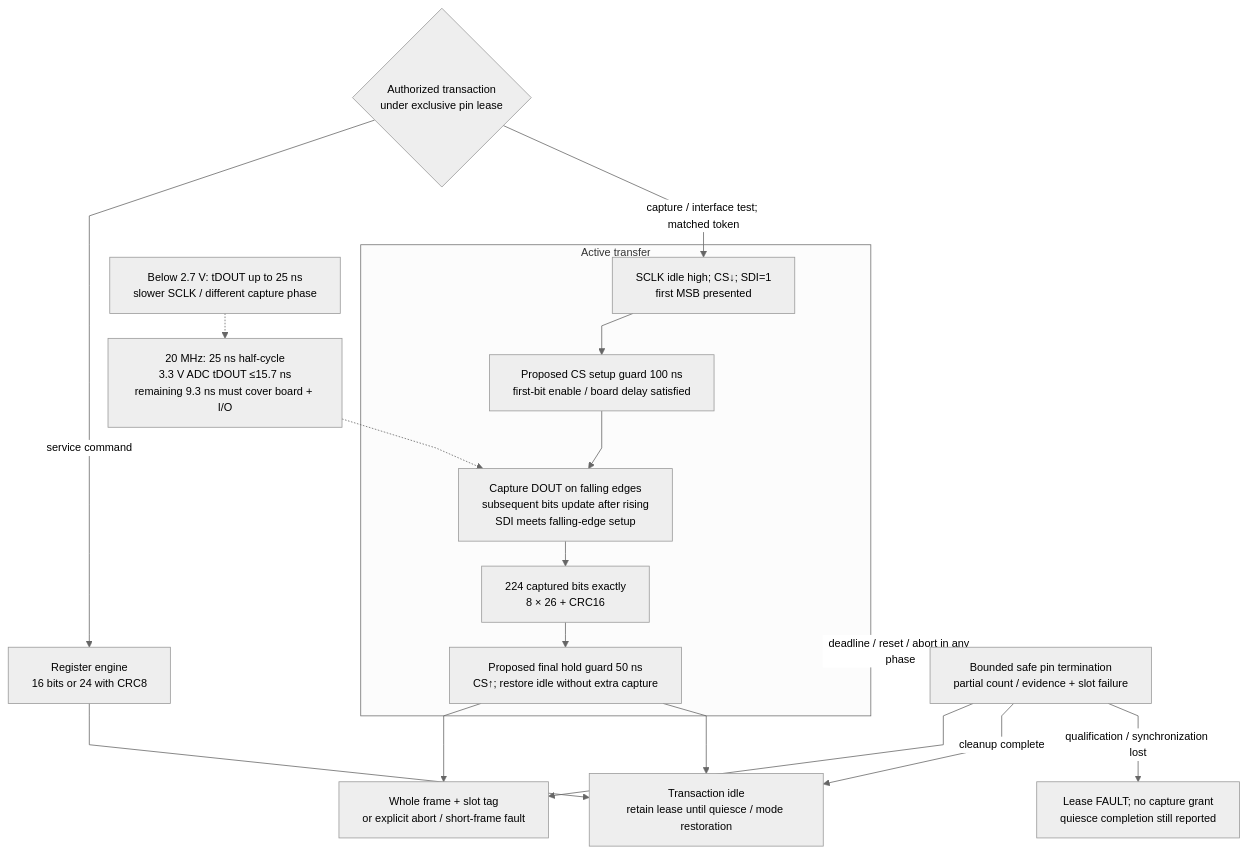
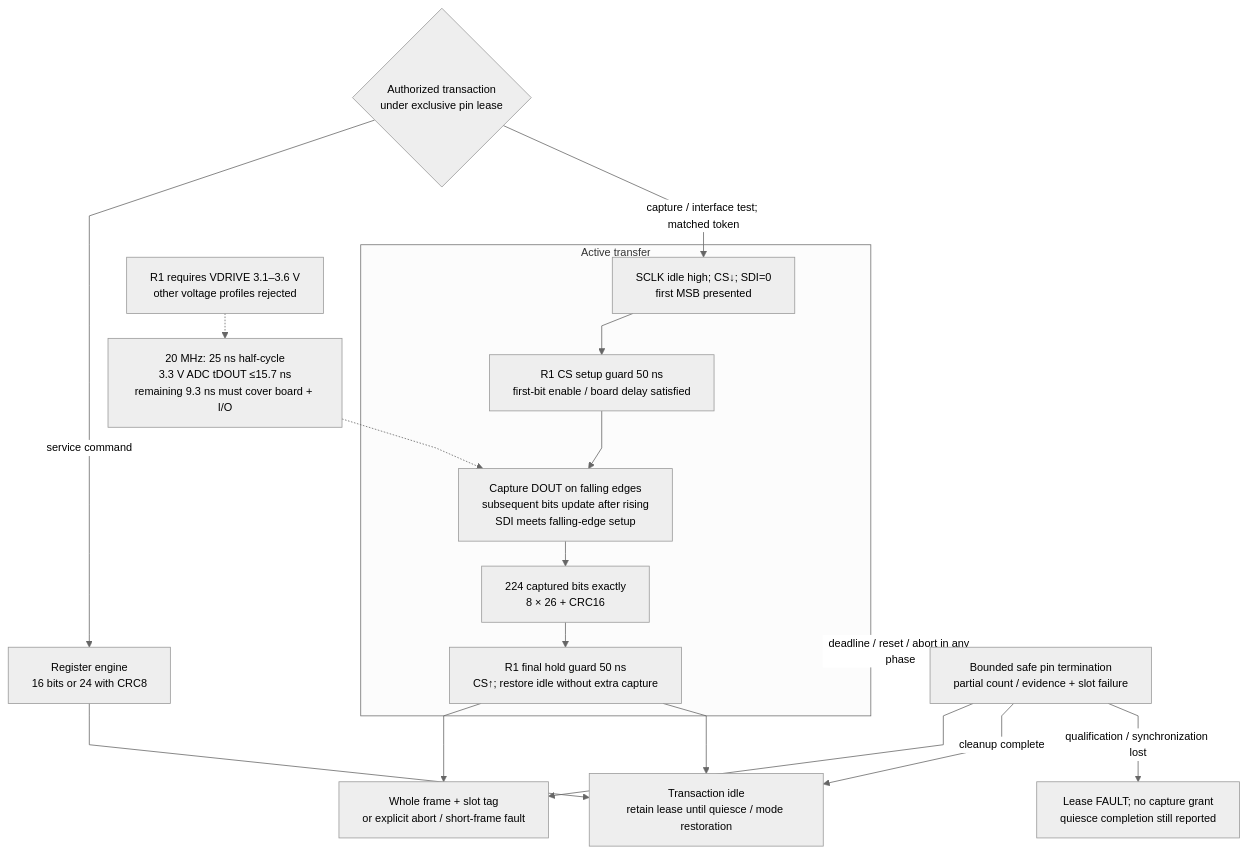
One commit to baolgn/DRG-pain-project changed diagram 11 of 27 in microcontroller/acquisition/README.md. Above: the diagram before and after it, drawn with Mermaid. The commit also changed other lines of this file and 19 other files, not shown here.

````diff
--- a/microcontroller/acquisition/README.md
+++ b/microcontroller/acquisition/README.md
@@ -250,21 +255,21 @@
 ```mermaid
 %%{init: {"theme":"neutral","themeVariables":{"fontFamily":"Arial,sans-serif","fontSize":"14px"},"flowchart":{"htmlLabels":true,"minNodeWidth":0,"wrappingWidth":240,"nodeSpacing":28,"rankSpacing":32,"curve":"linear"}}}%%
 flowchart TB
     OWN{"Authorized transaction<br/>under exclusive pin lease"} -->|"service command"| REG["Register engine<br/>16 bits or 24 with CRC8"]
     OWN -->|"capture / interface test; matched token"| CS
     subgraph ACTIVE["Active transfer"]
-        CS["SCLK idle high; CS↓; SDI=1<br/>first MSB presented"] --> PRE["Proposed CS setup guard 100 ns<br/>first-bit enable / board delay satisfied"]
+        CS["SCLK idle high; CS↓; SDI=0<br/>first MSB presented"] --> PRE["R1 CS setup guard 50 ns<br/>first-bit enable / board delay satisfied"]
         PRE --> SHIFT["Capture DOUT on falling edges<br/>subsequent bits update after rising<br/>SDI meets falling-edge setup"]
         SHIFT --> COUNT["224 captured bits exactly<br/>8 × 26 + CRC16"]
-        COUNT --> POST["Proposed final hold guard 50 ns<br/>CS↑; restore idle without extra capture"]
+        COUNT --> POST["R1 final hold guard 50 ns<br/>CS↑; restore idle without extra capture"]
     end
     ACTIVE -->|"deadline / reset / abort in any phase"| ABORT["Bounded safe pin termination<br/>partial count / evidence + slot failure"]
     POST --> OUT["Whole frame + slot tag<br/>or explicit abort / short-frame fault"]
     ABORT --> OUT
     ABORT -->|"cleanup complete"| IDLE
     ABORT -->|"qualification / synchronization lost"| FAULT["Lease FAULT; no capture grant<br/>quiesce completion still reported"]
     REG --> IDLE["Transaction idle<br/>retain lease until quiesce / mode restoration"]
     POST --> IDLE
     TIMING["20 MHz: 25 ns half-cycle<br/>3.3 V ADC tDOUT ≤15.7 ns<br/>remaining 9.3 ns must cover board + I/O"] -.-> SHIFT
-    VOLT["Below 2.7 V: tDOUT up to 25 ns<br/>slower SCLK / different capture phase"] -.-> TIMING
+    VOLT["R1 requires VDRIVE 3.1–3.6 V<br/>other voltage profiles rejected"] -.-> TIMING
 ```
````
